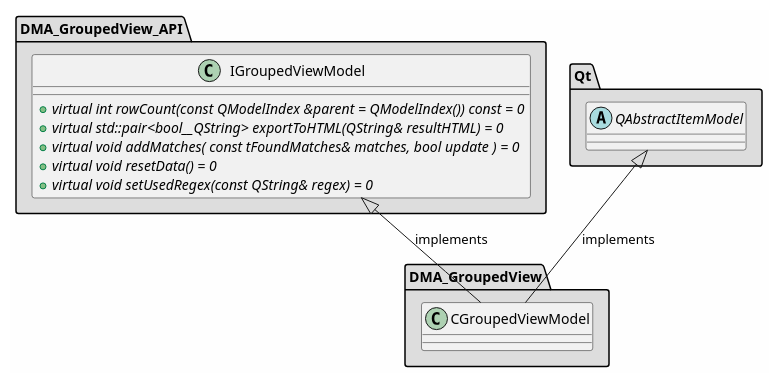
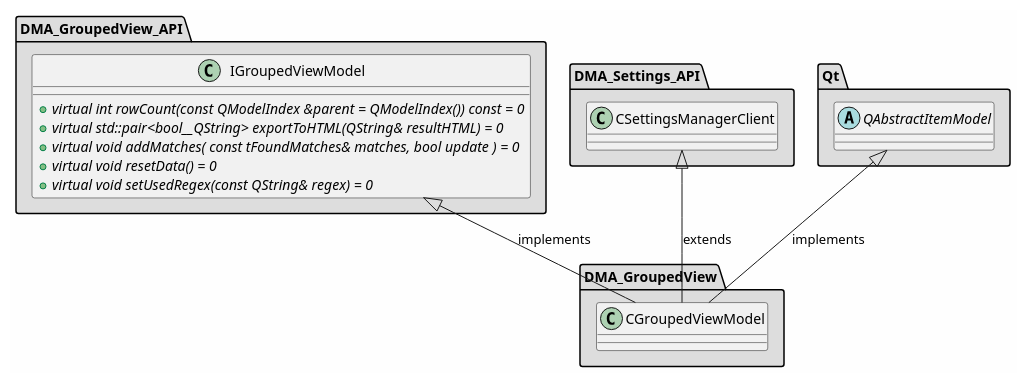
Before and after one commit to svlad-90/DLT-Message-Analyzer: the diagram in md/dev_docs/puml/DMA_GroupedView_standalone.puml, drawn with PlantUML. The commit also changed 129 other files, not shown here.

First line of the commit message:
[ISSUE #111][COMPONENTS] Introduce components architecture in the project

```diff
--- a/md/dev_docs/puml/DMA_GroupedView_standalone.puml
+++ b/md/dev_docs/puml/DMA_GroupedView_standalone.puml
@@ -2,41 +2,51 @@
 @startuml
 
 skinparam backgroundColor #FEFEFE
 skinparam wrapWidth 600
 package "DMA_GroupedView" #DDDDDD
 {
 
 class "CGroupedViewModel"
 {
 }
 
 }
 
 package "DMA_GroupedView_API" #DDDDDD
 {
 
 class "IGroupedViewModel"
 {
     + {abstract} virtual int rowCount(const QModelIndex &parent = QModelIndex()) const = 0
     + {abstract} virtual std::pair<bool__QString> exportToHTML(QString& resultHTML) = 0
     + {abstract} virtual void addMatches( const tFoundMatches& matches, bool update ) = 0
     + {abstract} virtual void resetData() = 0
     + {abstract} virtual void setUsedRegex(const QString& regex) = 0
 }
 
 }
 
+package "DMA_Settings_API" #DDDDDD
+{
+
+class "CSettingsManagerClient"
+{
+}
+
+}
+
 package "Qt" #DDDDDD
 {
 
 abstract class "QAbstractItemModel"
 {
 }
 
 }
 
 '====================Inheritance section====================
+CSettingsManagerClient <|-- CGroupedViewModel : extends
 IGroupedViewModel <|-- CGroupedViewModel : implements
 QAbstractItemModel <|-- CGroupedViewModel : implements
 
 @enduml
```
